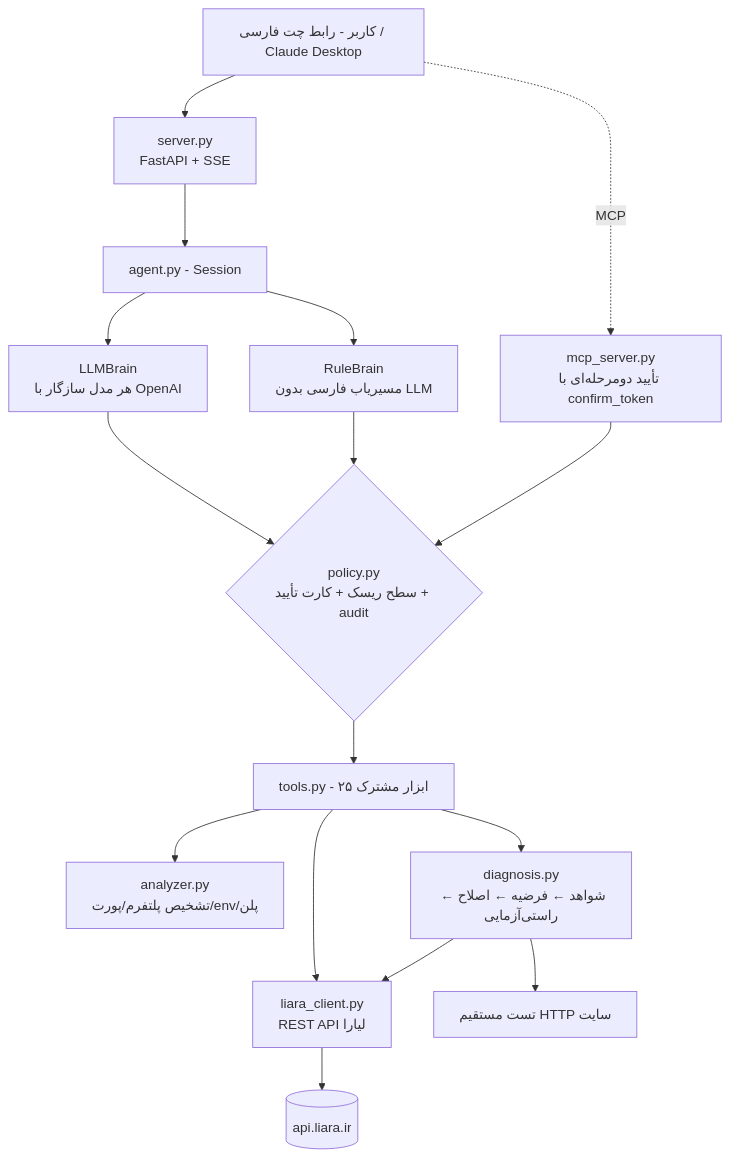
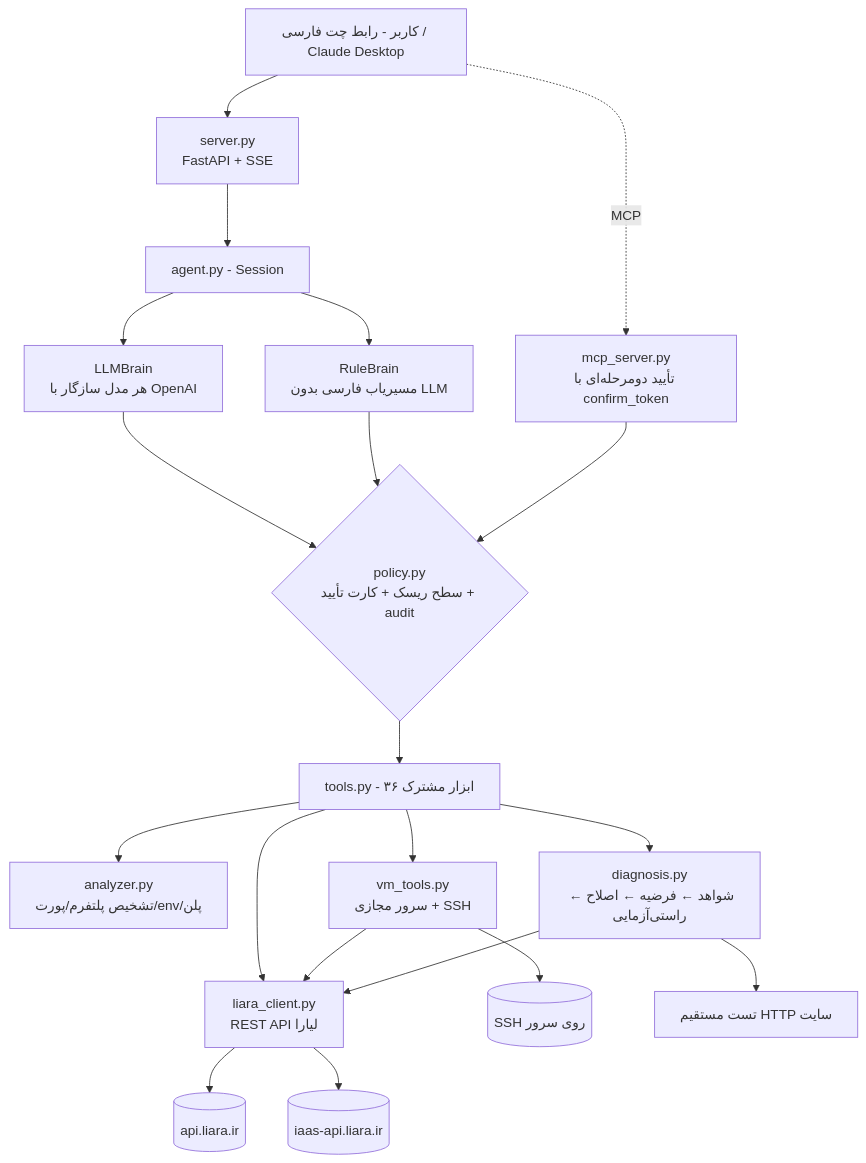
The diagram in README.md (RealMdyz/liara-copilot), drawn with Mermaid before and after one commit. The commit also changed other lines of this file and 13 other files, not shown here.

First line of the commit message:
Liara IaaS VMs + SSH setup, g2 plan handling, real plan change, events, new UI

````diff
--- a/README.md
+++ b/README.md
@@ -26,17 +27,21 @@
 ```mermaid
 flowchart TB
   U[کاربر - رابط چت فارسی / Claude Desktop] --> S[server.py<br/>FastAPI + SSE]
   U -. MCP .-> M[mcp_server.py<br/>تأیید دومرحله‌ای با confirm_token]
   S --> A[agent.py - Session]
   A --> B1[LLMBrain<br/>هر مدل سازگار با OpenAI]
   A --> B2[RuleBrain<br/>مسیریاب فارسی بدون LLM]
   B1 & B2 --> P{policy.py<br/>سطح ریسک + کارت تأیید + audit}
   M --> P
-  P --> T[tools.py - ۲۵ ابزار مشترک]
+  P --> T[tools.py - ۳۶ ابزار مشترک]
   T --> AN[analyzer.py<br/>تشخیص پلتفرم/پورت/env/پلن]
   T --> D[diagnosis.py<br/>شواهد ← فرضیه ← اصلاح ← راستی‌آزمایی]
+  T --> V[vm_tools.py<br/>سرور مجازی + SSH]
   T --> C[liara_client.py<br/>REST API لیارا]
+  V --> C
   D --> C
   C --> L[(api.liara.ir)]
+  C --> I[(iaas-api.liara.ir)]
+  V --> SSH[(SSH روی سرور)]
   D --> H[تست مستقیم HTTP سایت]
 ```
````
